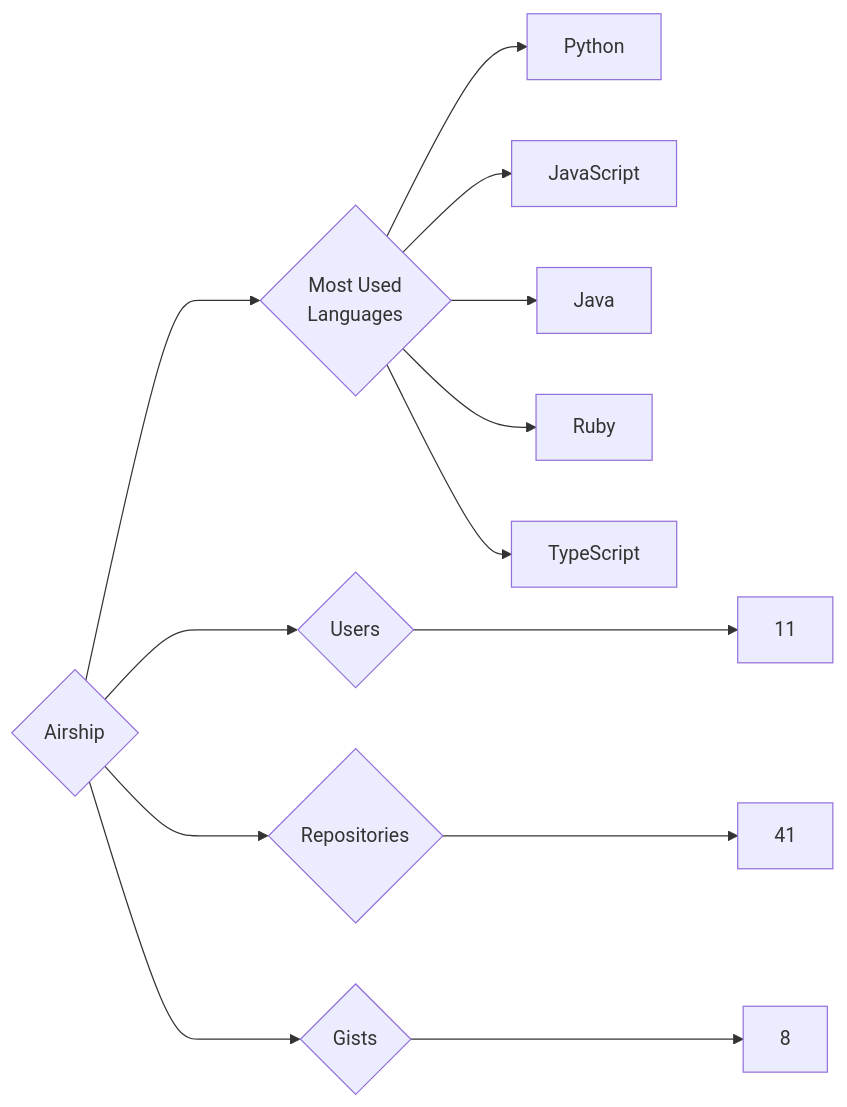
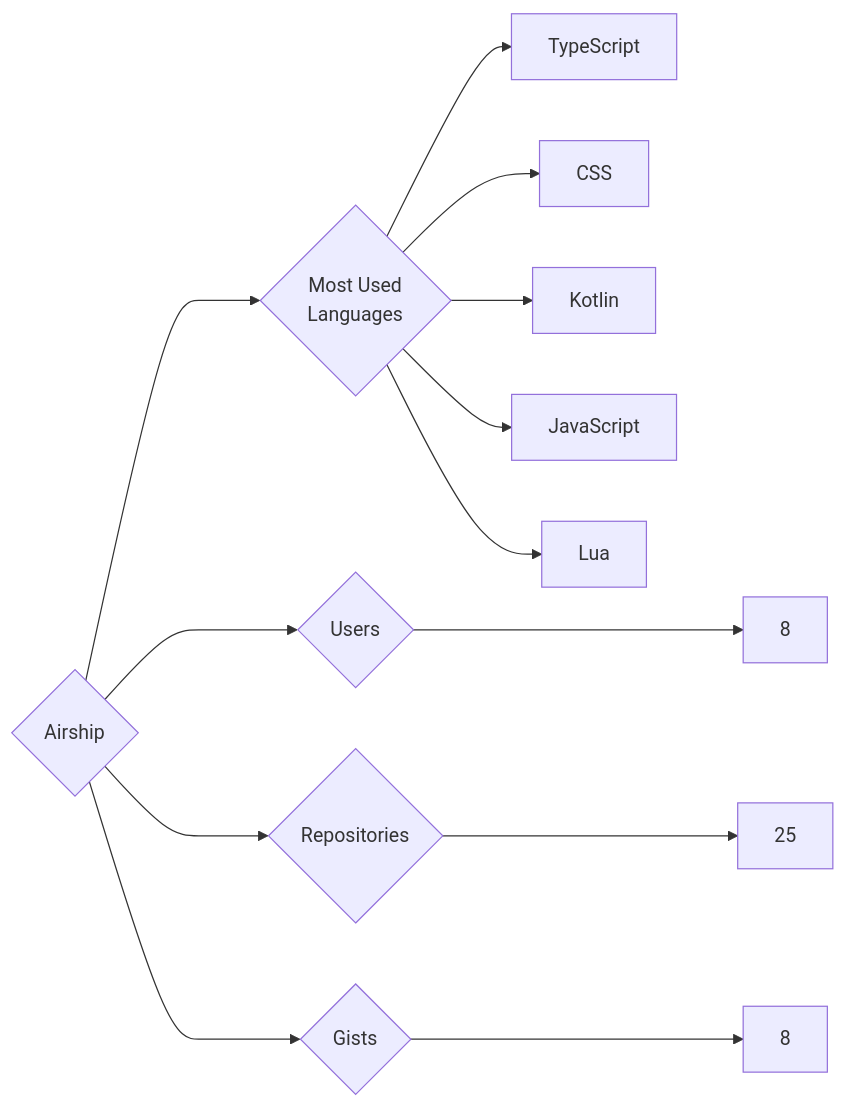
Before and after one commit to trickest/insiders: the diagram in targets/Airship/README.md, drawn with Mermaid. The commit also changed 757 other files, not shown here.

````diff
--- a/targets/Airship/README.md
+++ b/targets/Airship/README.md
@@ -3,13 +3,13 @@
 ```mermaid
 graph LR
 COMPANY_NAME{Airship}
-COMPANY_NAME ---> U{Users} ---> UN[11]
-COMPANY_NAME ---> R{Repositories} ---> RN[41]
+COMPANY_NAME ---> U{Users} ---> UN[8]
+COMPANY_NAME ---> R{Repositories} ---> RN[25]
 COMPANY_NAME ---> G{Gists} ---> GN[8]
 COMPANY_NAME ---> ML{Most Used<br>Languages}
-ML --> Python[Python]
+ML --> TypeScript[TypeScript]
+ML --> CSS[CSS]
+ML --> Kotlin[Kotlin]
 ML --> JavaScript[JavaScript]
-ML --> Java[Java]
-ML --> Ruby[Ruby]
-ML --> TypeScript[TypeScript]
+ML --> Lua[Lua]
 ```
````
